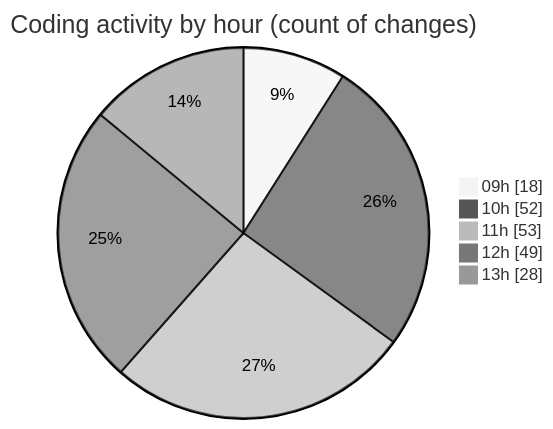
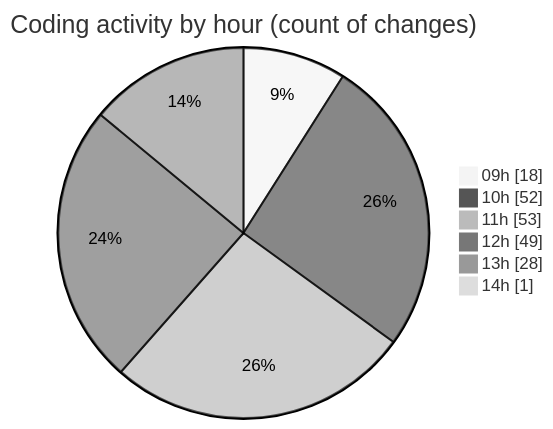
The second of 2 diagrams in 2025-03-21/cda/README.md (momahboobian/code-tracking), drawn with Mermaid (neutral theme) before and after one commit. The commit also changed other lines of this file and 1 other file, not shown here.

````diff
--- a/2025-03-21/cda/README.md
+++ b/2025-03-21/cda/README.md
@@ -51,9 +53,10 @@
 ```mermaid
 pie showData
 title Coding activity by hour (count of changes)
 "09h" : 18
 "10h" : 52
 "11h" : 53
 "12h" : 49
 "13h" : 28
+"14h" : 1
 ```
````
